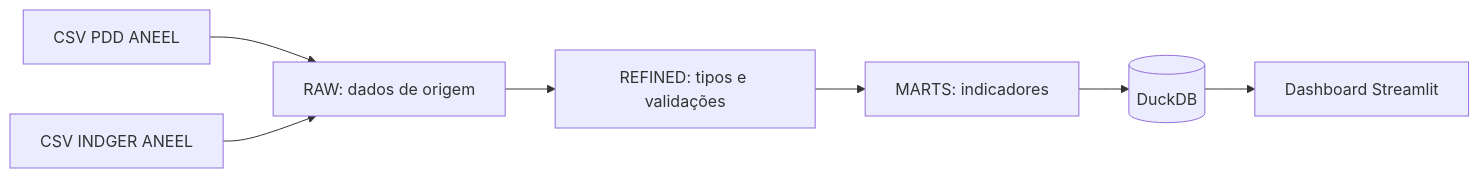
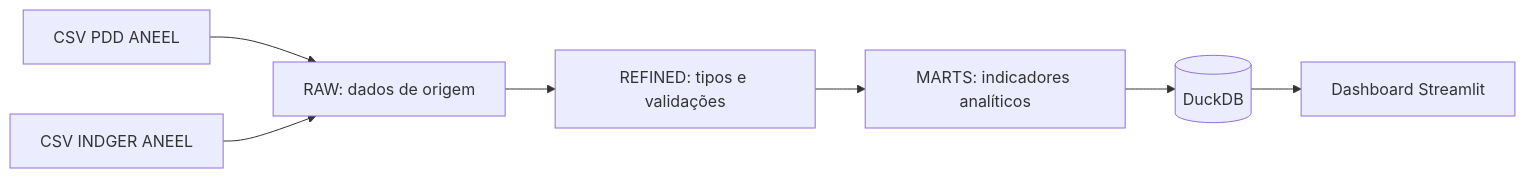
The diagram in README.md (alexscosta90/gridinvest_analytics), drawn with Mermaid before and after one commit. The commit also changed other lines of this file and 2 other files, not shown here.

Commit message:
docs: melhora README e adiciona capturas do dashboard

````diff
--- a/README.md
+++ b/README.md
@@ -16,9 +48,9 @@
 ```mermaid
 flowchart LR
-    PDD[CSV PDD ANEEL] --> RAW[RAW: dados de origem]
-    INDGER[CSV INDGER ANEEL] --> RAW
-    RAW --> REFINED[REFINED: tipos e validações]
-    REFINED --> MARTS[MARTS: indicadores]
-    MARTS --> DB[(DuckDB)]
-    DB --> DASH[Dashboard Streamlit]
+    PDD["CSV PDD ANEEL"] --> RAW["RAW: dados de origem"]
+    INDGER["CSV INDGER ANEEL"] --> RAW
+    RAW --> REFINED["REFINED: tipos e validações"]
+    REFINED --> MARTS["MARTS: indicadores analíticos"]
+    MARTS --> DB[("DuckDB")]
+    DB --> DASH["Dashboard Streamlit"]
 ```
````
